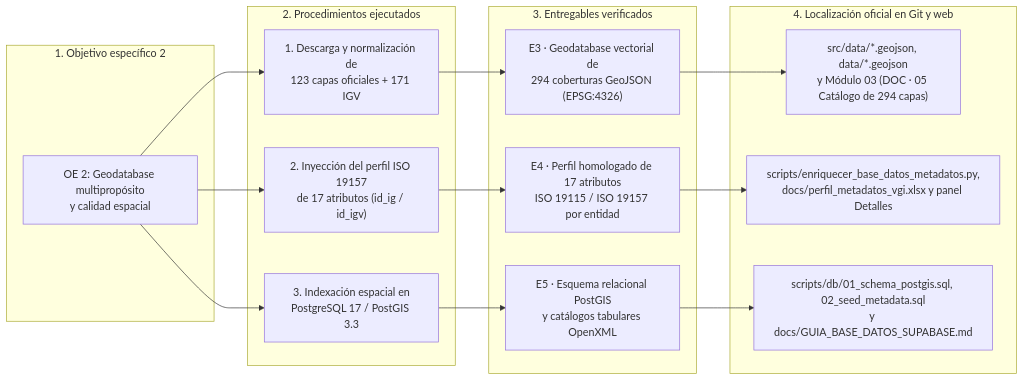
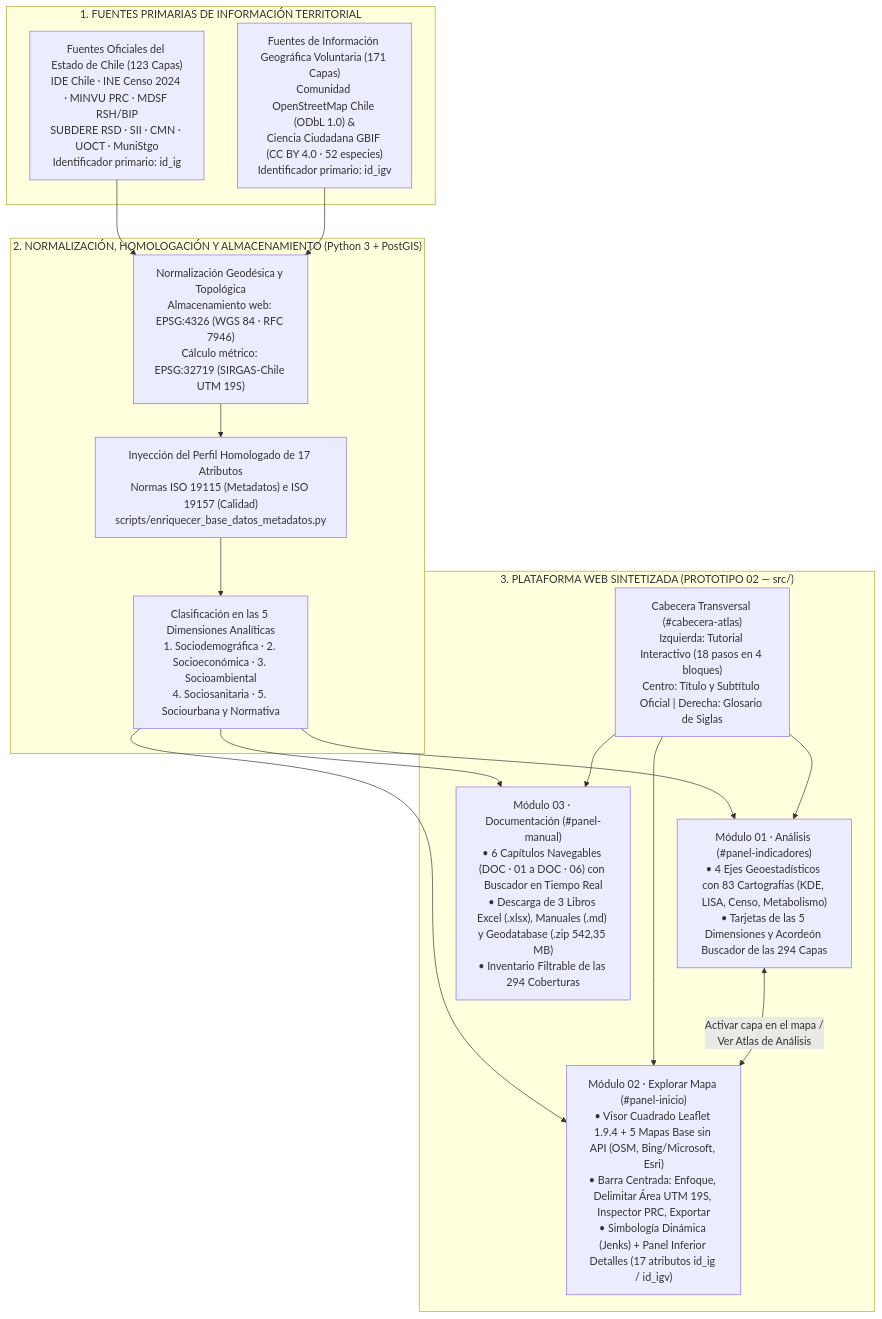
One commit to GEOJOTA/atlas-vgi-barrio-brasil changed the first of 15 diagrams in src/docs/MANUAL_ACTUALIZACION_ATLAS.md. Above: the diagram before and after it, drawn with Mermaid. The commit also changed other lines of this file and 8 other files, not shown here.

Commit message:
docs(prototipo-02): robustecer y expandir manual de actualizacion, diagramas y documentacion navegable (v65)

````diff
--- a/src/docs/MANUAL_ACTUALIZACION_ATLAS.md
+++ b/src/docs/MANUAL_ACTUALIZACION_ATLAS.md
@@ -207,28 +117,25 @@
 ```mermaid
-flowchart LR
-    subgraph OBJ2["1. Objetivo específico 2"]
-        O2["OE 2: Geodatabase multipropósito\ny calidad espacial"]
+flowchart TB
+    subgraph FUENTES["1. FUENTES PRIMARIAS DE INFORMACIÓN TERRITORIAL"]
+        FO["Fuentes Oficiales del Estado de Chile (123 Capas)\nIDE Chile · INE Censo 2024 · MINVU PRC · MDSF RSH/BIP\nSUBDERE RSD · SII · CMN · UOCT · MuniStgo\nIdentificador primario: id_ig"]
+        FV["Fuentes de Información Geográfica Voluntaria (171 Capas)\nComunidad OpenStreetMap Chile (ODbL 1.0) &\nCiencia Ciudadana GBIF (CC BY 4.0 · 52 especies)\nIdentificador primario: id_igv"]
     end
 
-    subgraph PROC2["2. Procedimientos ejecutados"]
-        P2_1["1. Descarga y normalización de\n123 capas oficiales + 171 IGV"]
-        P2_2["2. Inyección del perfil ISO 19157\nde 17 atributos (id_ig / id_igv)"]
-        P2_3["3. Indexación espacial en\nPostgreSQL 17 / PostGIS 3.3"]
+    subgraph MOTOR_DATOS["2. NORMALIZACIÓN, HOMOLOGACIÓN Y ALMACENAMIENTO (Python 3 + PostGIS)"]
+        NORM["Normalización Geodésica y Topológica\nAlmacenamiento web: EPSG:4326 (WGS 84 · RFC 7946)\nCálculo métrico: EPSG:32719 (SIRGAS-Chile UTM 19S)"]
+        ISO["Inyección del Perfil Homologado de 17 Atributos\nNormas ISO 19115 (Metadatos) e ISO 19157 (Calidad)\nscripts/enriquecer_base_datos_metadatos.py"]
+        DIM5["Clasificación en las 5 Dimensiones Analíticas\n1. Sociodemográfica · 2. Socioeconómica · 3. Socioambiental\n4. Sociosanitaria · 5. Sociourbana y Normativa"]
     end
 
-    subgraph PROD2["3. Entregables verificados"]
-        PR2_1["E3 · Geodatabase vectorial de\n294 coberturas GeoJSON (EPSG:4326)"]
-        PR2_2["E4 · Perfil homologado de 17 atributos\nISO 19115 / ISO 19157 por entidad"]
-        PR2_3["E5 · Esquema relacional PostGIS\ny catálogos tabulares OpenXML"]
+    subgraph PROTOTIPO02["3. PLATAFORMA WEB SINTETIZADA (PROTOTIPO 02 — src/)"]
+        CAB["Cabecera Transversal (#cabecera-atlas)\nIzquierda: Tutorial Interactivo (18 pasos en 4 bloques)\nCentro: Título y Subtítulo Oficial | Derecha: Glosario de Siglas"]
+        M01["Módulo 01 · Análisis (#panel-indicadores)\n• 4 Ejes Geoestadísticos con 83 Cartografías (KDE, LISA, Censo, Metabolismo)\n• Tarjetas de las 5 Dimensiones y Acordeón Buscador de las 294 Capas"]
+        M02["Módulo 02 · Explorar Mapa (#panel-inicio)\n• Visor Cuadrado Leaflet 1.9.4 + 5 Mapas Base sin API (OSM, Bing/Microsoft, Esri)\n• Barra Centrada: Enfoque, Delimitar Área UTM 19S, Inspector PRC, Exportar\n• Simbología Dinámica (Jenks) + Panel Inferior Detalles (17 atributos id_ig / id_igv)"]
+        M03["Módulo 03 · Documentación (#panel-manual)\n• 6 Capítulos Navegables (DOC · 01 a DOC · 06) con Buscador en Tiempo Real\n• Descarga de 3 Libros Excel (.xlsx), Manuales (.md) y Geodatabase (.zip 542,35 MB)\n• Inventario Filtrable de las 294 Coberturas"]
     end
 
-    subgraph LOC2["4. Localización oficial en Git y web"]
-        L2_1["src/data/*.geojson, data/*.geojson\ny Módulo 03 (DOC · 05 Catálogo de 294 capas)"]
-        L2_2["scripts/enriquecer_base_datos_metadatos.py,\ndocs/perfil_metadatos_vgi.xlsx y panel Detalles"]
-        L2_3["scripts/db/01_schema_postgis.sql, 02_seed_metadata.sql\ny docs/GUIA_BASE_DATOS_SUPABASE.md"]
-    end
-
-    O2 --> P2_1 --> PR2_1 --> L2_1
-    O2 --> P2_2 --> PR2_2 --> L2_2
-    O2 --> P2_3 --> PR2_3 --> L2_3
+    FO & FV --> NORM --> ISO --> DIM5
+    DIM5 --> M01 & M02 & M03
+    CAB --> M01 & M02 & M03
+    M01 <-->|"Activar capa en el mapa /\nVer Atlas de Análisis"| M02
 ```
````
